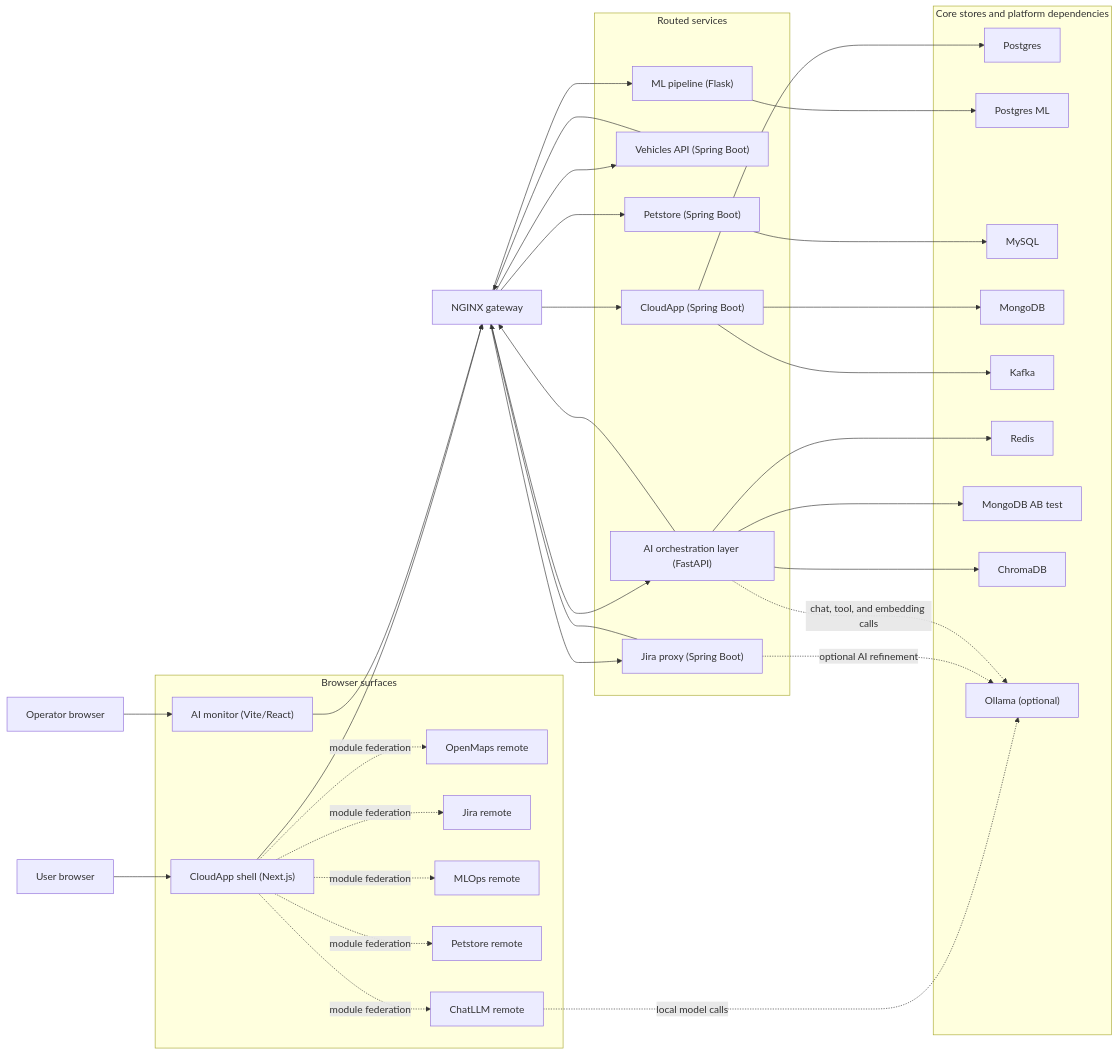
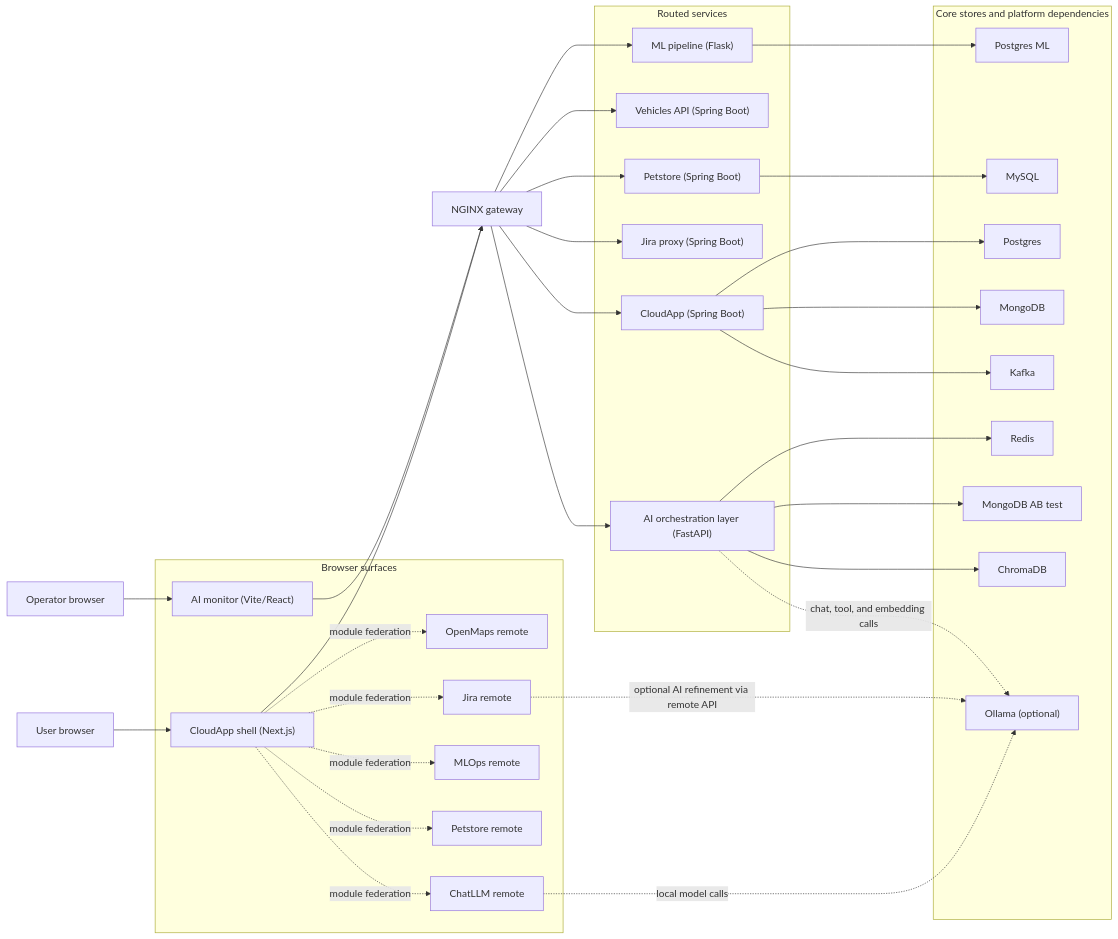
One commit to cjakabos/portfolio-web changed the first of 3 diagrams in docs/platform/showcase-architecture.md. Above: the diagram before and after it, drawn with Mermaid. The commit also changed other lines of this file and 7 other files, not shown here.

````diff
--- a/docs/platform/showcase-architecture.md
+++ b/docs/platform/showcase-architecture.md
@@ -9,72 +9,69 @@
 ```mermaid
 flowchart LR
   user["User browser"]
   operator["Operator browser"]
 
   subgraph browser["Browser surfaces"]
     shell["CloudApp shell (Next.js)"]
     openmaps["OpenMaps remote"]
     jira["Jira remote"]
     mlops["MLOps remote"]
     petstore_ui["Petstore remote"]
     chatllm["ChatLLM remote"]
     monitor["AI monitor (Vite/React)"]
   end
 
   gateway["NGINX gateway"]
 
   subgraph services["Routed services"]
     cloudapp["CloudApp (Spring Boot)"]
     vehicles["Vehicles API (Spring Boot)"]
     petstore_api["Petstore (Spring Boot)"]
     jiraproxy["Jira proxy (Spring Boot)"]
     ml_api["ML pipeline (Flask)"]
     ai["AI orchestration layer (FastAPI)"]
   end
 
   subgraph stores["Core stores and platform dependencies"]
-    postgres["Postgres"]
     postgres_ml["Postgres ML"]
     mysql["MySQL"]
+    postgres["Postgres"]
     mongo["MongoDB"]
     kafka["Kafka"]
     redis["Redis"]
     experiments["MongoDB AB test"]
     chroma["ChromaDB"]
     ollama["Ollama (optional)"]
   end
 
   user --> shell
   shell -. module federation .-> openmaps
   shell -. module federation .-> jira
   shell -. module federation .-> mlops
   shell -. module federation .-> petstore_ui
   shell -. module federation .-> chatllm
   shell --> gateway
 
   operator --> monitor
   monitor --> gateway
 
   gateway --> cloudapp
   gateway --> vehicles
   gateway --> petstore_api
   gateway --> jiraproxy
   gateway --> ml_api
   gateway --> ai
 
   cloudapp --> postgres
   cloudapp --> mongo
   cloudapp --> kafka
-  vehicles --> gateway
   petstore_api --> mysql
-  jiraproxy --> gateway
   ml_api --> postgres_ml
   ai --> redis
   ai --> experiments
   ai --> chroma
-  ai --> gateway
 
   chatllm -. local model calls .-> ollama
-  jiraproxy -. optional AI refinement .-> ollama
+  jira -. optional AI refinement via remote API .-> ollama
   ai -. chat, tool, and embedding calls .-> ollama
 ```
````
